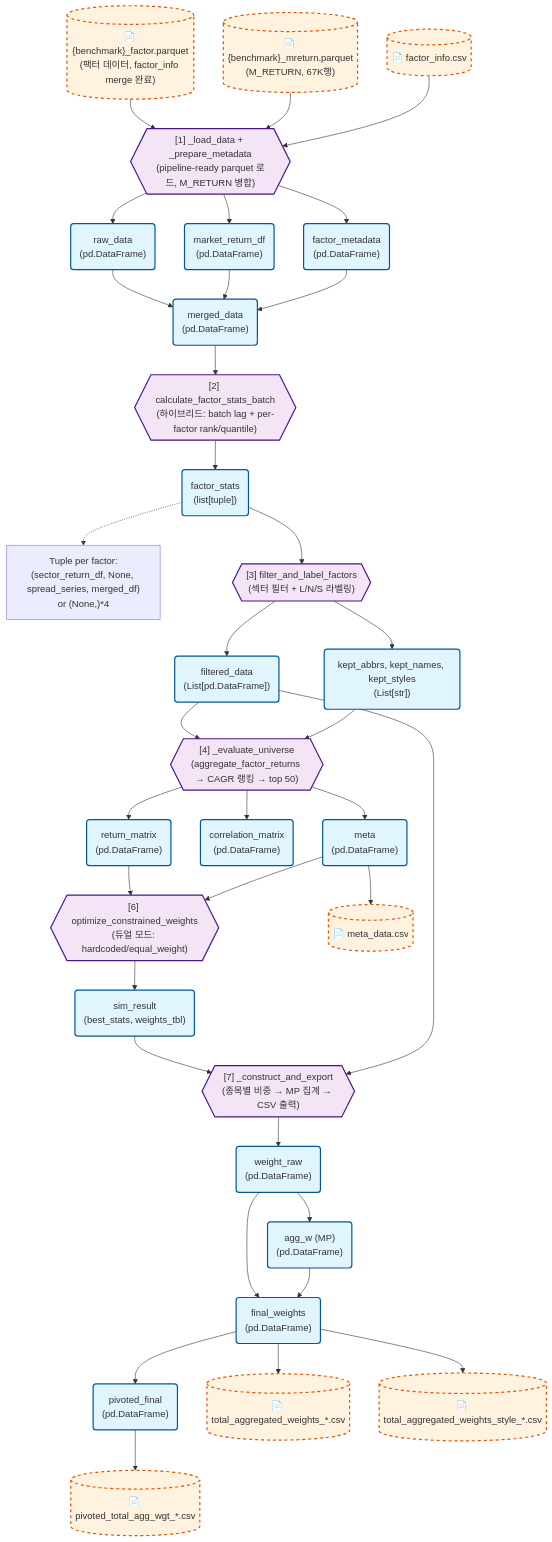
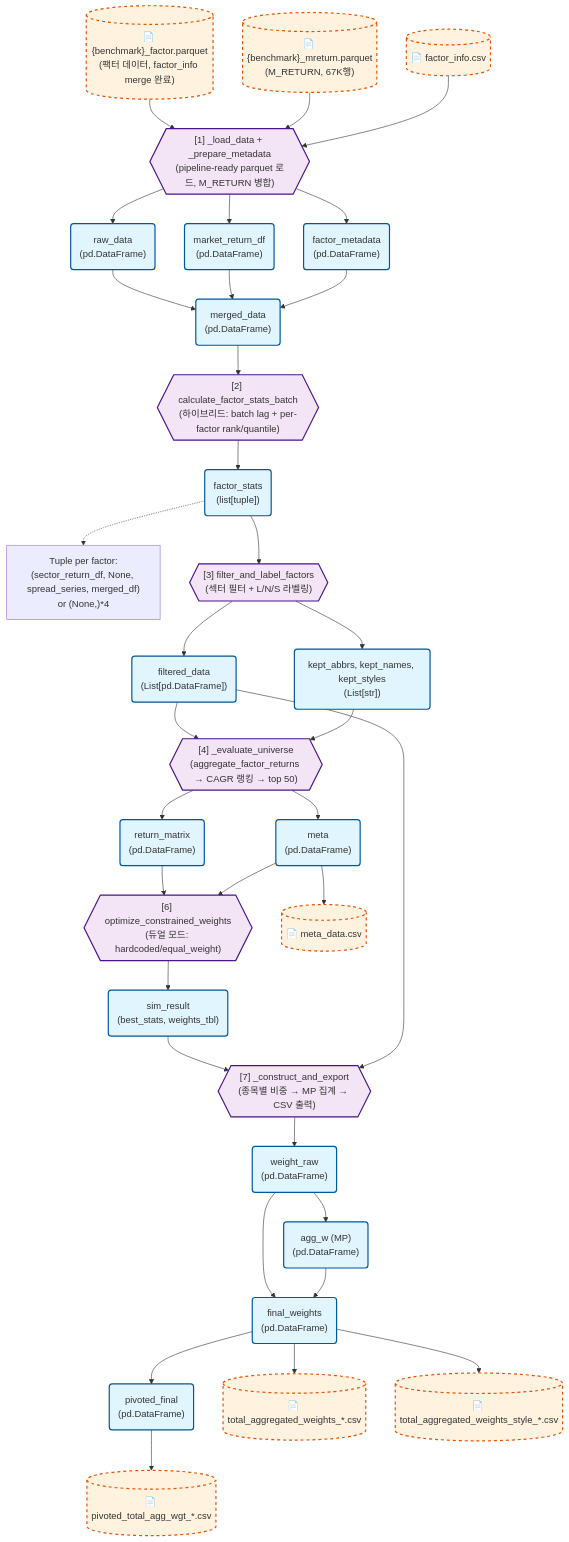
Before and after one commit to urhero/bok: the diagram in docs/VARIABLE_FLOW.md, drawn with Mermaid. The commit also changed other lines of this file and 2 other files, not shown here.

Commit message:
docs: 죽은 코드 정리 반영 (correlation/calculate_factor_stats 참조 제거)
README 모듈맵/파라미터표, research.md 호출그래프/테스트표/stale
rank_negative_correlation 공식, VARIABLE_FLOW correlation_matrix 노드 갱신.

```diff
--- a/docs/VARIABLE_FLOW.md
+++ b/docs/VARIABLE_FLOW.md
@@ -52,12 +52,10 @@
     %% --- [4] Evaluate Universe ---
     Func_GenMeta{{"[4] _evaluate_universe<br/>(aggregate_factor_returns → CAGR 랭킹 → top 50)"}}:::func
     Var_FacRet("return_matrix<br/>(pd.DataFrame)"):::data
-    Var_DownCorr("correlation_matrix<br/>(pd.DataFrame)"):::data
     Var_Meta("meta<br/>(pd.DataFrame)"):::data
 
     Var_CleanedRaw & Var_KeptLists --> Func_GenMeta
     Func_GenMeta --> Var_FacRet
-    Func_GenMeta --> Var_DownCorr
     Func_GenMeta --> Var_Meta
 
     %% --- [6] Weight Determination ---
```
